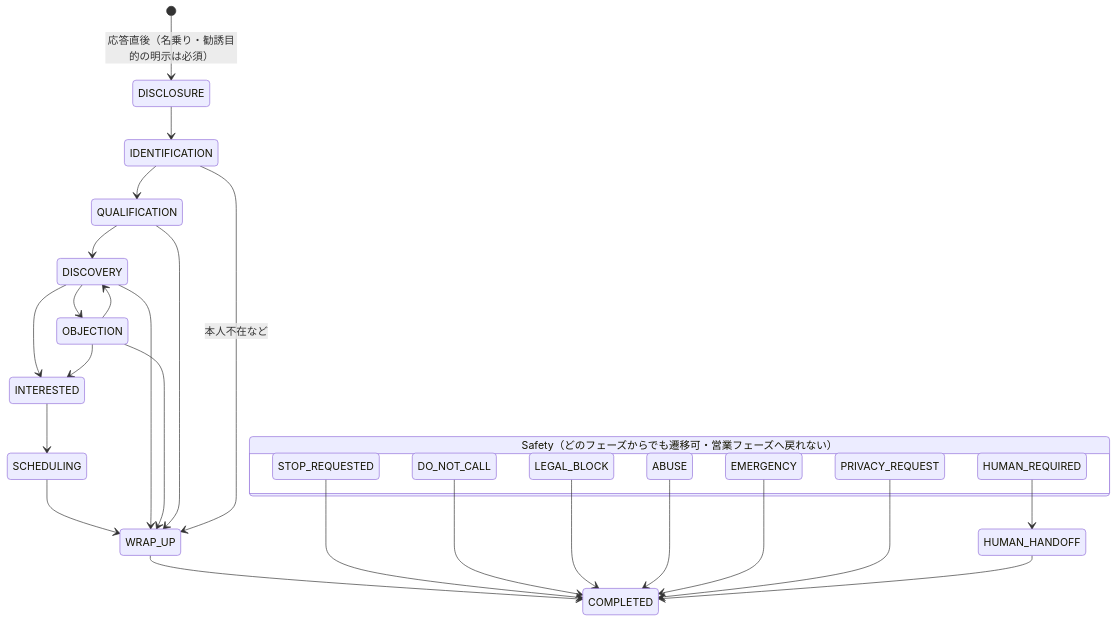
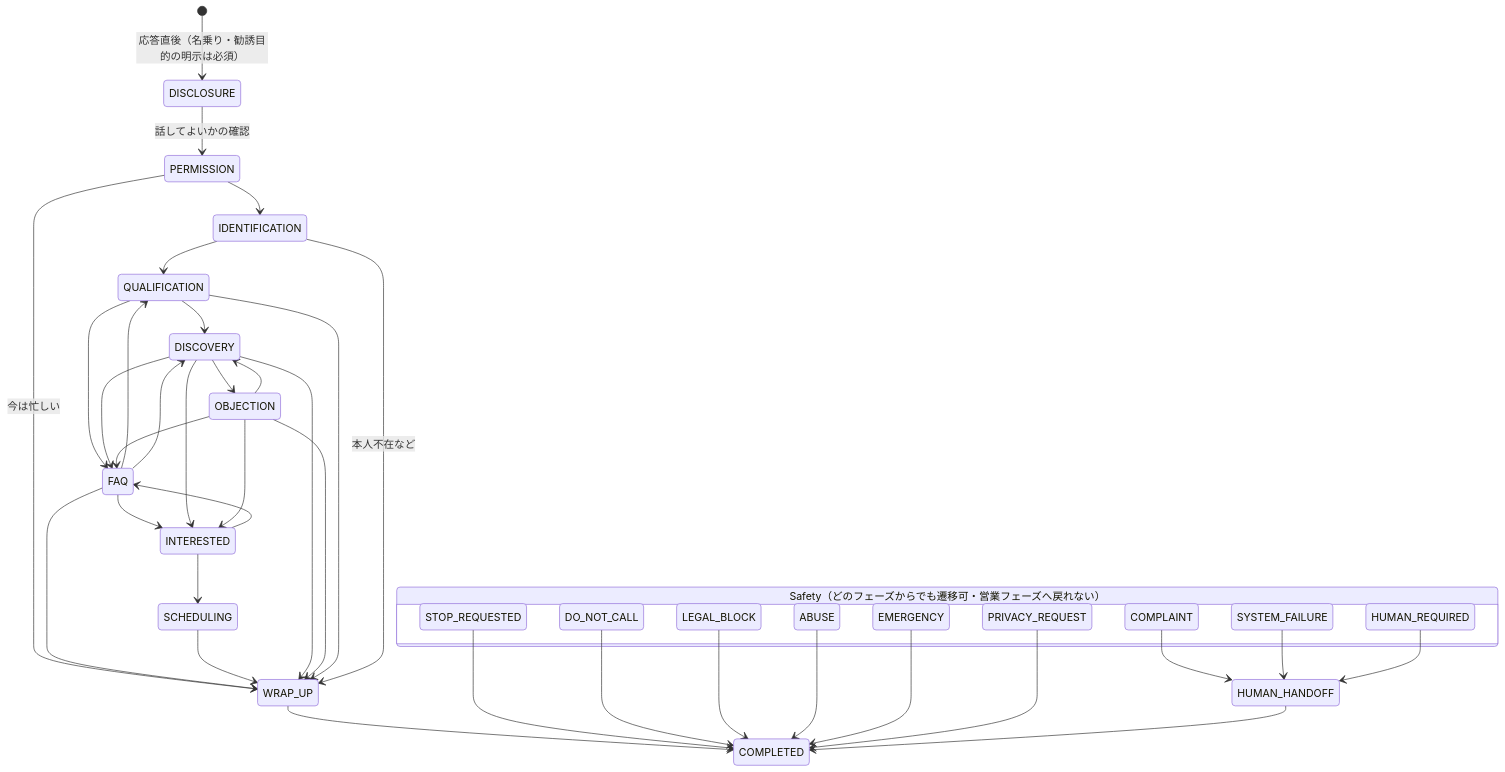
The second of 3 diagrams in tac-next/docs/DOMAIN.md (hasegawa212/-6780), drawn with Mermaid before and after one commit. The commit also changed other lines of this file and 4 other files, not shown here.

First line of the commit message:
feat(domain): Safety に COMPLAINT・SYSTEM_FAILURE、会話に PERMISSION・FAQ、発信ガードに本番の安全装置

````diff
--- a/tac-next/docs/DOMAIN.md
+++ b/tac-next/docs/DOMAIN.md
@@ -94,36 +94,50 @@
 ```mermaid
 stateDiagram-v2
   [*] --> DISCLOSURE: 応答直後（名乗り・勧誘目的の明示は必須）
-  DISCLOSURE --> IDENTIFICATION
+  DISCLOSURE --> PERMISSION: 話してよいかの確認
+  PERMISSION --> IDENTIFICATION
+  PERMISSION --> WRAP_UP: 今は忙しい
   IDENTIFICATION --> QUALIFICATION
   QUALIFICATION --> DISCOVERY
+  QUALIFICATION --> FAQ
+  DISCOVERY --> FAQ
+  OBJECTION --> FAQ
+  INTERESTED --> FAQ
+  FAQ --> QUALIFICATION
+  FAQ --> DISCOVERY
+  FAQ --> INTERESTED
+  FAQ --> WRAP_UP
   DISCOVERY --> OBJECTION
   OBJECTION --> DISCOVERY
   DISCOVERY --> INTERESTED
   OBJECTION --> INTERESTED
   INTERESTED --> SCHEDULING
   SCHEDULING --> WRAP_UP
   DISCOVERY --> WRAP_UP
   OBJECTION --> WRAP_UP
   QUALIFICATION --> WRAP_UP
   IDENTIFICATION --> WRAP_UP: 本人不在など
   WRAP_UP --> COMPLETED
 
   state "Safety（どのフェーズからでも遷移可・営業フェーズへ戻れない）" as SAFETY {
     STOP_REQUESTED
     DO_NOT_CALL
     LEGAL_BLOCK
     ABUSE
     EMERGENCY
     PRIVACY_REQUEST
+    COMPLAINT
+    SYSTEM_FAILURE
     HUMAN_REQUIRED
   }
   STOP_REQUESTED --> COMPLETED
   DO_NOT_CALL --> COMPLETED
   LEGAL_BLOCK --> COMPLETED
   ABUSE --> COMPLETED
   EMERGENCY --> COMPLETED
   PRIVACY_REQUEST --> COMPLETED
+  COMPLAINT --> HUMAN_HANDOFF
+  SYSTEM_FAILURE --> HUMAN_HANDOFF
   HUMAN_REQUIRED --> HUMAN_HANDOFF
   HUMAN_HANDOFF --> COMPLETED
 ```
````
